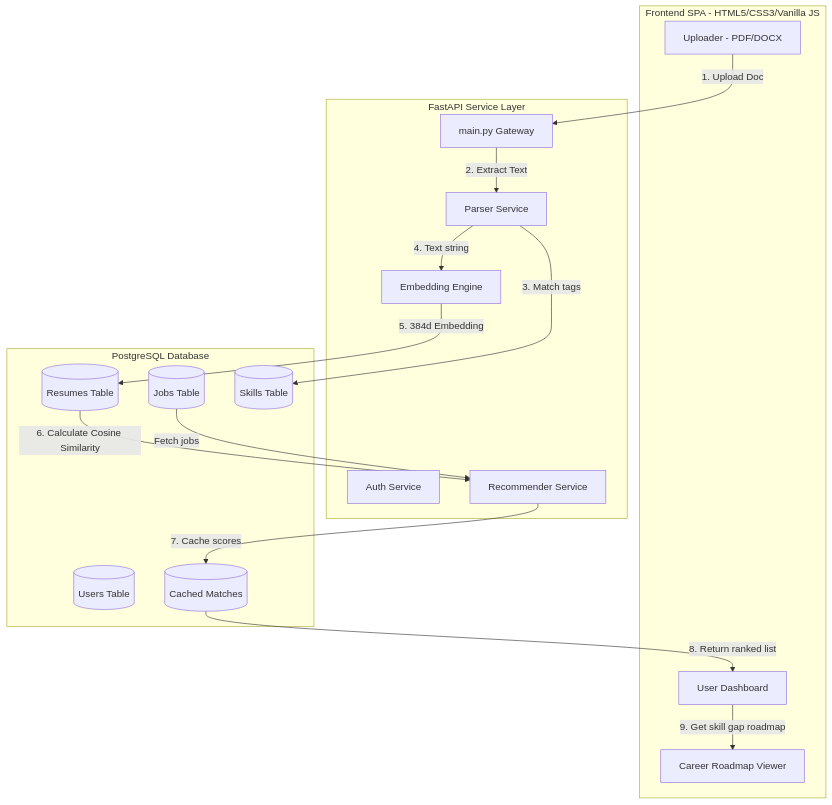
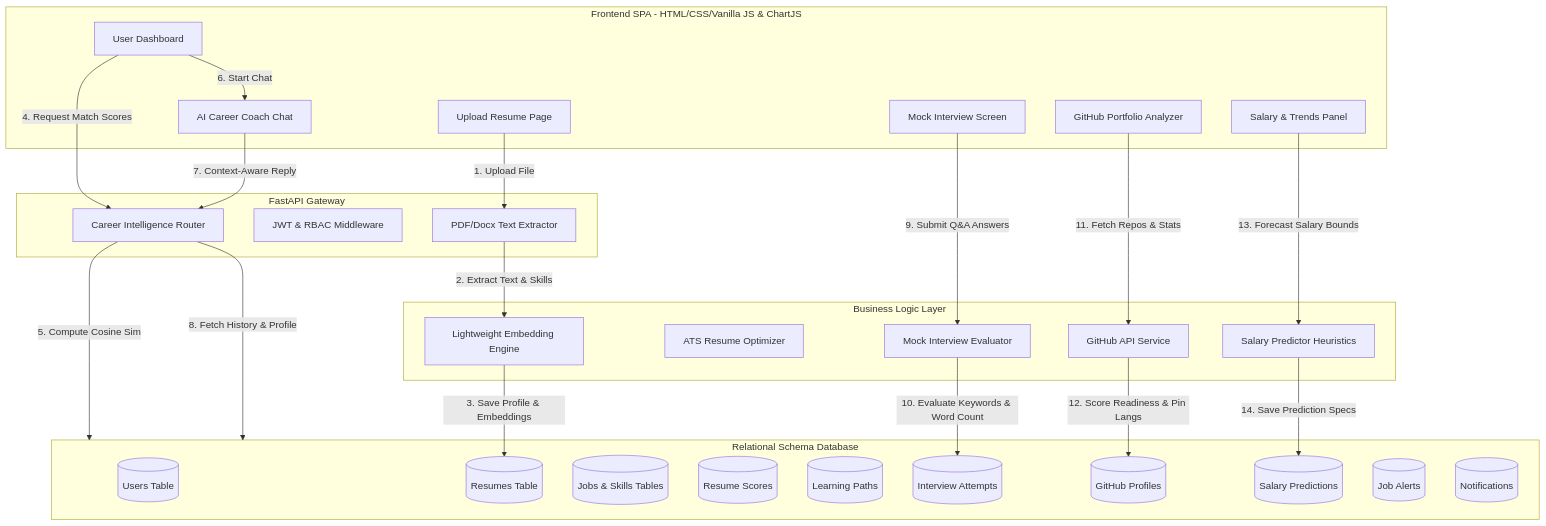
One commit to ogharsh-2025/FuturePath-AI changed the diagram in README.md. Above: the diagram before and after it, drawn with Mermaid. The commit also changed other lines of this file and 14 other files, not shown here.

Commit message:
Upgrade to Enterprise AI Career Intelligence Platform with 15 advanced modules, Stripe dashboard, light/dark themes, and ChartJS charts

````diff
--- a/README.md
+++ b/README.md
@@ -11,35 +18,53 @@
 ```mermaid
 flowchart TD
-    subgraph Client [Frontend SPA - HTML5/CSS3/Vanilla JS]
+    subgraph Client [Frontend SPA - HTML/CSS/Vanilla JS & ChartJS]
         UI[User Dashboard]
-        UP[Uploader - PDF/DOCX]
-        RM[Career Roadmap Viewer]
+        UP[Upload Resume Page]
+        CC[AI Career Coach Chat]
+        MI[Mock Interview Screen]
+        GH[GitHub Portfolio Analyzer]
+        ST[Salary & Trends Panel]
     end
 
-    subgraph API [FastAPI Service Layer]
-        Main[main.py Gateway]
-        Auth[Auth Service]
-        Parse[Parser Service]
-        Embed[Embedding Engine]
-        Rec[Recommender Service]
+    subgraph API [FastAPI Gateway]
+        Router[Career Intelligence Router]
+        Auth[JWT & RBAC Middleware]
+        Parser[PDF/Docx Text Extractor]
     end
 
-    subgraph DB [PostgreSQL Database]
-        Users[(Users Table)]
-        Jobs[(Jobs Table)]
-        Resumes[(Resumes Table)]
-        Skills[(Skills Table)]
-        Recommendations[(Cached Matches)]
+    subgraph Services [Business Logic Layer]
+        Embed[Lightweight Embedding Engine]
+        Opt[ATS Resume Optimizer]
+        Prep[Mock Interview Evaluator]
+        Git[GitHub API Service]
+        Sal[Salary Predictor Heuristics]
     end
 
-    UP -->|1. Upload Doc| Main
-    Main -->|2. Extract Text| Parse
-    Parse -->|3. Match tags| Skills
-    Parse -->|4. Text string| Embed
-    Embed -->|5. 384d Embedding| Resumes
-    Resumes -->|6. Calculate Cosine Similarity| Rec
-    Jobs -->|Fetch jobs| Rec
-    Rec -->|7. Cache scores| Recommendations
-    Recommendations -->|8. Return ranked list| UI
-    UI -->|9. Get skill gap roadmap| RM
+    subgraph Database [Relational Schema Database]
+        Users[(Users Table)]
+        Resumes[(Resumes Table)]
+        Jobs[(Jobs & Skills Tables)]
+        Scores[(Resume Scores)]
+        Paths[(Learning Paths)]
+        Attempts[(Interview Attempts)]
+        Profiles[(GitHub Profiles)]
+        Salaries[(Salary Predictions)]
+        Alerts[(Job Alerts)]
+        Notifs[(Notifications)]
+    end
+
+    UP -->|1. Upload File| Parser
+    Parser -->|2. Extract Text & Skills| Embed
+    Embed -->|3. Save Profile & Embeddings| Resumes
+    UI -->|4. Request Match Scores| Router
+    Router -->|5. Compute Cosine Sim| Database
+    UI -->|6. Start Chat| CC
+    CC -->|7. Context-Aware Reply| Router
+    Router -->|8. Fetch History & Profile| Database
+    MI -->|9. Submit Q&A Answers| Prep
+    Prep -->|10. Evaluate Keywords & Word Count| Attempts
+    GH -->|11. Fetch Repos & Stats| Git
+    Git -->|12. Score Readiness & Pin Langs| Profiles
+    ST -->|13. Forecast Salary Bounds| Sal
+    Sal -->|14. Save Prediction Specs| Salaries
 ```
````
